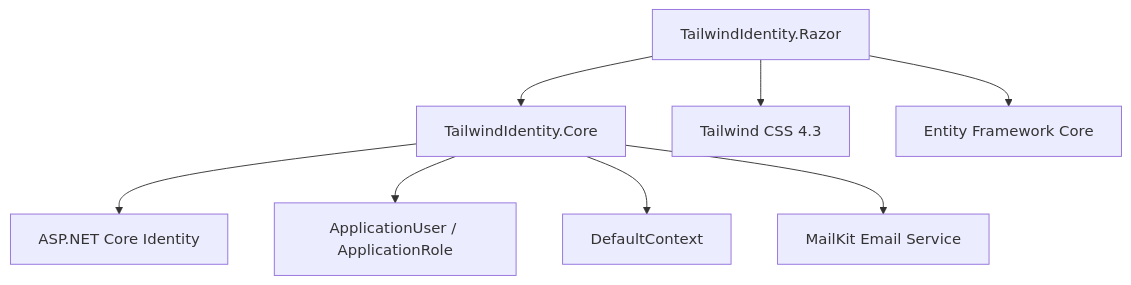
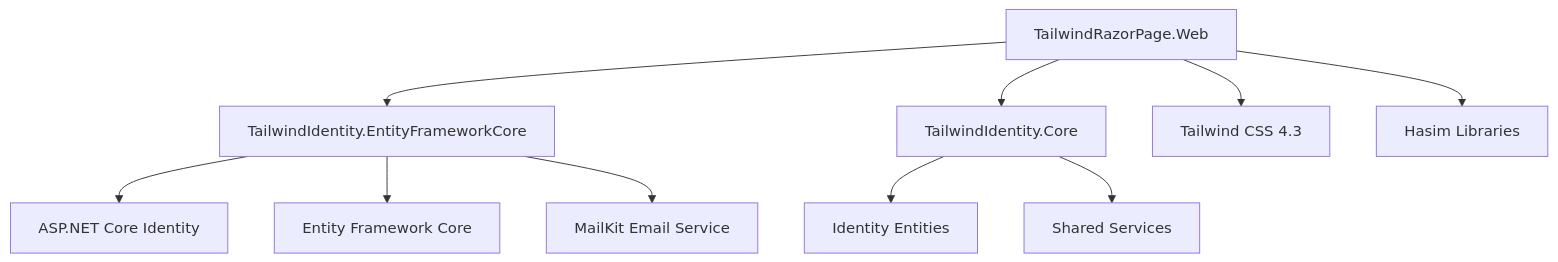
One commit to hnidboubker/aspnetcore-tailwind changed the diagram in Src/TailwindRazorPage.Web/README.md. Above: the diagram before and after it, drawn with Mermaid. The commit also changed other lines of this file and 2 other files, not shown here.

````diff
--- a/Src/TailwindRazorPage.Web/README.md
+++ b/Src/TailwindRazorPage.Web/README.md
@@ -26,15 +26,18 @@
 ```mermaid
 graph TD
 
-Razor[TailwindIdentity.Razor]
+Web[TailwindRazorPage.Web]
 
-Razor --> Core[TailwindIdentity.Core]
+Web --> EFCore[TailwindIdentity.EntityFrameworkCore]
+Web --> Core[TailwindIdentity.Core]
 
-Core --> Identity[ASP.NET Core Identity]
-Core --> Entities[ApplicationUser / ApplicationRole]
-Core --> Context[DefaultContext]
-Core --> MailKit[MailKit Email Service]
+EFCore --> Identity[ASP.NET Core Identity]
+EFCore --> EF[Entity Framework Core]
+EFCore --> MailKit[MailKit Email Service]
 
-Razor --> Tailwind[Tailwind CSS 4.3]
-Razor --> EF[Entity Framework Core]
+Core --> Entities[Identity Entities]
+Core --> Services[Shared Services]
+
+Web --> Tailwind[Tailwind CSS 4.3]
+Web --> Hasim[Hasim Libraries]
 ```
````
